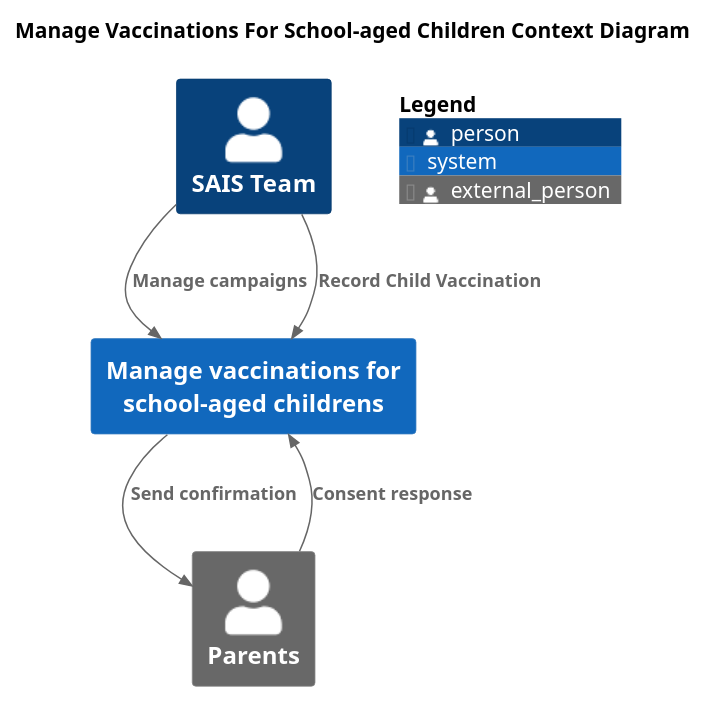
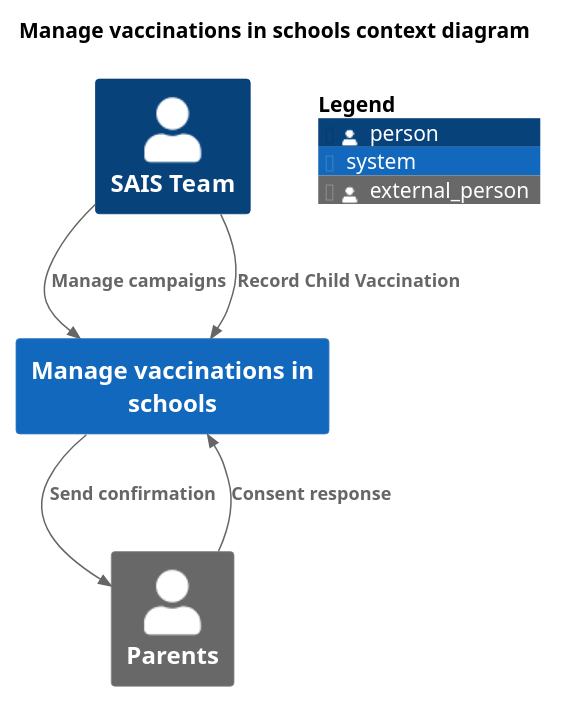
The diagram in docs/diagrams/context-view.puml (nhsuk/manage-vaccinations-in-schools), drawn with PlantUML before and after one commit. The commit also changed 20 other files, not shown here.

```diff
--- a/docs/diagrams/context-view.puml
+++ b/docs/diagrams/context-view.puml
@@ -1,23 +1,23 @@
 @startuml
 
 !include <C4/C4_Context.puml>
 
 LAYOUT_TOP_DOWN()
 
-title "Manage Vaccinations For School-aged Children Context Diagram"
+title "Manage vaccinations in schools context diagram"
 
 Person(sais, "SAIS Team")
 Person_Ext(parents, "Parents")
 
-System(manage, "Manage vaccinations for school-aged childrens")
+System(manage, "Manage vaccinations in schools")
 
 AddRelTag("optional", $textColor="black", $lineColor="black", $lineStyle="dashed")
 
 Rel(sais, manage, "Manage campaigns")
 Rel(sais, manage, "Record Child Vaccination")
 Rel(parents, manage, "Consent response")
 Rel(manage, parents, "Send confirmation")
 
 SHOW_FLOATING_LEGEND()
 
 @enduml
```
